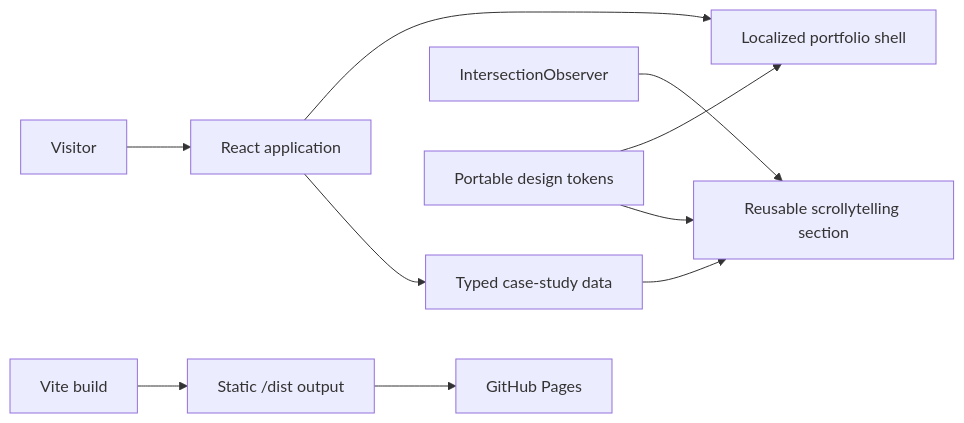
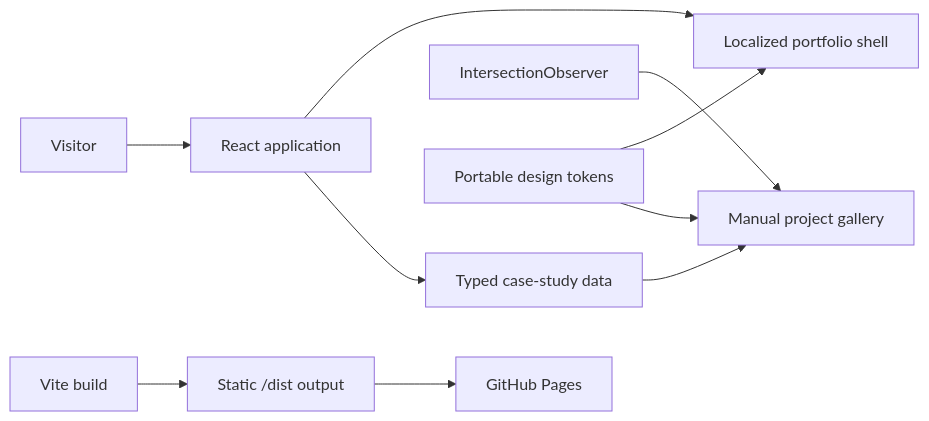
The diagram in README.md (kevin0018/portfolio), drawn with Mermaid before and after one commit. The commit also changed other lines of this file and 10 other files, not shown here.

Commit message:
feat: replace project scroll stories with manual galleries

````diff
--- a/README.md
+++ b/README.md
@@ -36,12 +36,12 @@
 ```mermaid
 flowchart LR
   visitor["Visitor"] --> app["React application"]
   app --> shell["Localized portfolio shell"]
   app --> cases["Typed case-study data"]
-  cases --> story["Reusable scrollytelling section"]
+  cases --> story["Manual project gallery"]
   observer["IntersectionObserver"] --> story
   tokens["Portable design tokens"] --> shell
   tokens --> story
   vite["Vite build"] --> dist["Static /dist output"]
   dist --> pages["GitHub Pages"]
 ```
````
